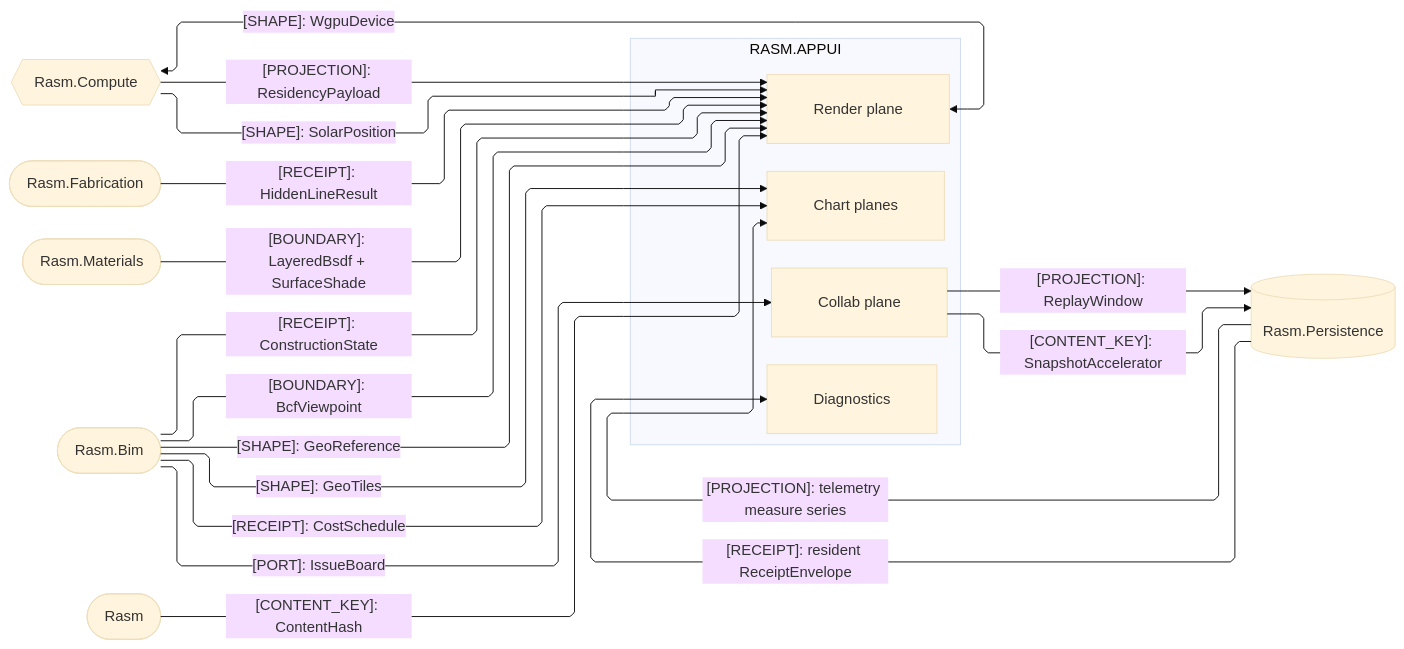
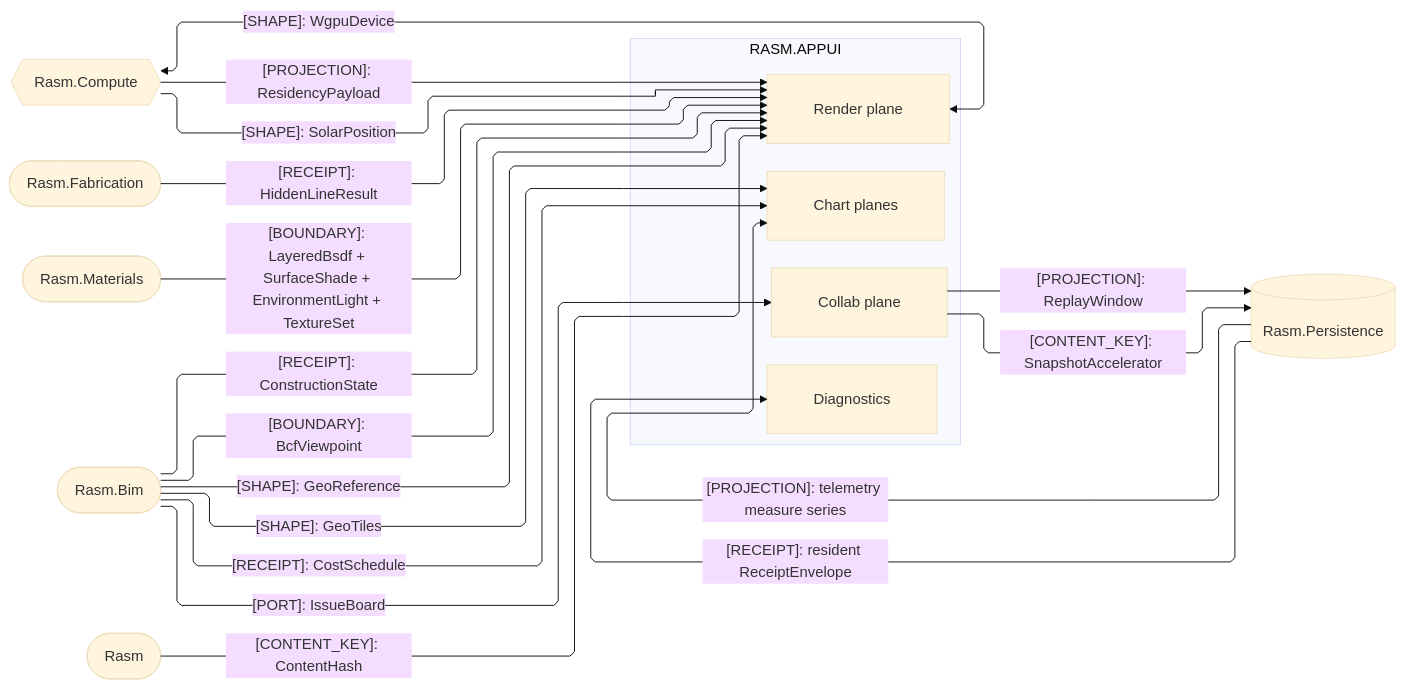
Before and after one commit to bsamiee/Rasm: the second of 3 diagrams in libs/csharp/Rasm.AppUi/ARCHITECTURE.md, drawn with Mermaid (base theme). The commit also changed other lines of this file and 65 other files, not shown here.

Commit message:
Land the C# Materials texture wave across all seven territories

````diff
--- a/libs/csharp/Rasm.AppUi/ARCHITECTURE.md
+++ b/libs/csharp/Rasm.AppUi/ARCHITECTURE.md
@@ -125,40 +125,40 @@
 ```mermaid
 ---
 config:
   layout: elk
   flowchart:
     curve: linear
     padding: 25
 ---
 flowchart LR
     accTitle: AppUi AEC-domain, render-source, and storage seams
     accDescr: AppUi render, chart, collaboration, and diagnostics owners exchanging residency projections, receipts, boundaries, content keys, and shared-device shapes with the AEC peers Compute, Fabrication, Materials, Bim, the kernel, and the Persistence store.
     subgraph appui[RASM.APPUI]
         Render[Render plane]
         Charts[Chart planes]
         Collab[Collab plane]
         Diagnostics[Diagnostics]
     end
     Compute{{Rasm.Compute}}
     Fabrication([Rasm.Fabrication])
     Materials([Rasm.Materials])
     Bim([Rasm.Bim])
     Rasm([Rasm])
     Persistence[(Rasm.Persistence)]
     Compute -->|"[PROJECTION]: ResidencyPayload"| Render
     Render <-->|"[SHAPE]: WgpuDevice"| Compute
     Compute -->|"[SHAPE]: SolarPosition"| Render
     Fabrication -->|"[RECEIPT]: HiddenLineResult"| Render
-    Materials -->|"[BOUNDARY]: LayeredBsdf + SurfaceShade"| Render
+    Materials -->|"[BOUNDARY]: LayeredBsdf + SurfaceShade + EnvironmentLight + TextureSet"| Render
     Rasm -->|"[CONTENT_KEY]: ContentHash"| Render
     Bim -->|"[SHAPE]: GeoTiles"| Charts
     Bim -->|"[RECEIPT]: CostSchedule"| Charts
     Persistence -->|"[PROJECTION]: telemetry measure series"| Charts
     Persistence -->|"[RECEIPT]: resident ReceiptEnvelope"| Diagnostics
     Bim -->|"[PORT]: IssueBoard"| Collab
     Collab -->|"[PROJECTION]: ReplayWindow"| Persistence
     Collab -->|"[CONTENT_KEY]: SnapshotAccelerator"| Persistence
     Bim -->|"[RECEIPT]: ConstructionState"| Render
     Bim -->|"[BOUNDARY]: BcfViewpoint"| Render
     Bim -->|"[SHAPE]: GeoReference"| Render
 ```
````
